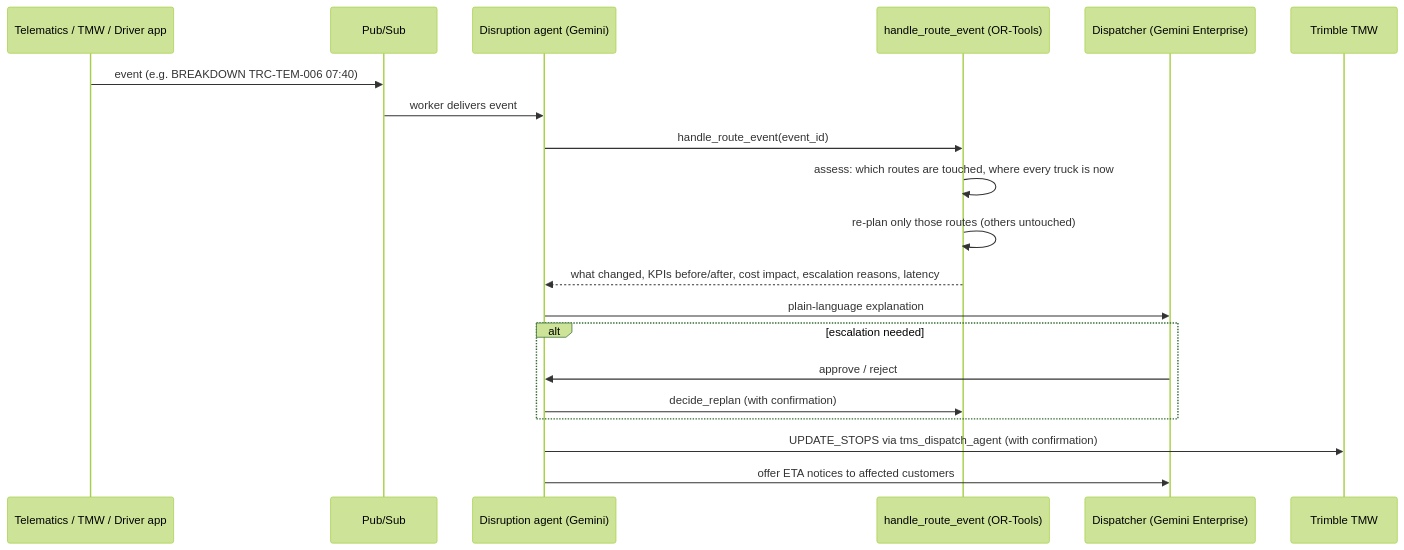
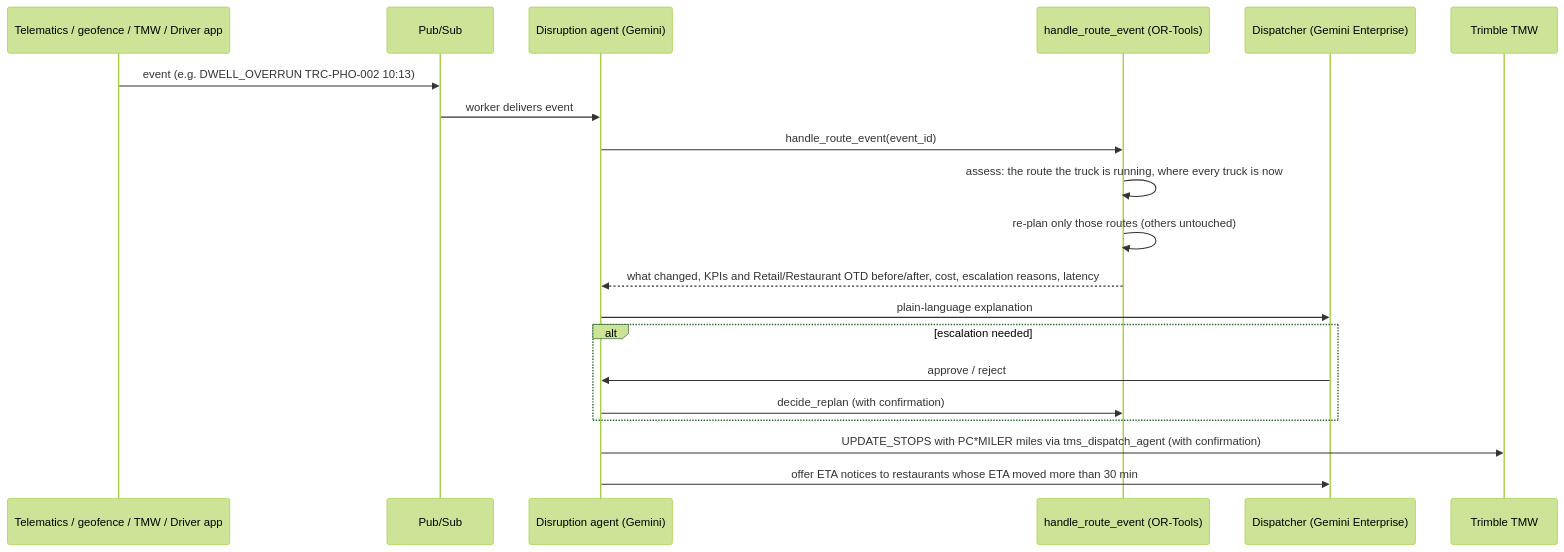
Before and after one commit to balum211/mclane-route-optimization-agent: the second of 2 diagrams in docs/SOLUTION.md, drawn with Mermaid (forest theme). The commit also changed other lines of this file and 100 other files, not shown here.

First line of the commit message:
Add PC*MILER, geofence, dwell change, geolocation and Retail/Restaurant OTD; align with Antigravity sdd-adk starter

````diff
--- a/docs/SOLUTION.md
+++ b/docs/SOLUTION.md
@@ -104,22 +128,22 @@
 ```mermaid
 sequenceDiagram
-  participant Src as Telematics / TMW / Driver app
+  participant Src as Telematics / geofence / TMW / Driver app
   participant PS as Pub/Sub
   participant Ag as Disruption agent (Gemini)
   participant T as handle_route_event (OR-Tools)
   participant D as Dispatcher (Gemini Enterprise)
   participant TMW as Trimble TMW
-  Src->>PS: event (e.g. BREAKDOWN TRC-TEM-006 07:40)
+  Src->>PS: event (e.g. DWELL_OVERRUN TRC-PHO-002 10:13)
   PS->>Ag: worker delivers event
   Ag->>T: handle_route_event(event_id)
-  T->>T: assess: which routes are touched, where every truck is now
+  T->>T: assess: the route the truck is running, where every truck is now
   T->>T: re-plan only those routes (others untouched)
-  T-->>Ag: what changed, KPIs before/after, cost impact, escalation reasons, latency
+  T-->>Ag: what changed, KPIs and Retail/Restaurant OTD before/after, cost, escalation reasons, latency
   Ag->>D: plain-language explanation
   alt escalation needed
     D->>Ag: approve / reject
     Ag->>T: decide_replan (with confirmation)
   end
-  Ag->>TMW: UPDATE_STOPS via tms_dispatch_agent (with confirmation)
-  Ag->>D: offer ETA notices to affected customers
+  Ag->>TMW: UPDATE_STOPS with PC*MILER miles via tms_dispatch_agent (with confirmation)
+  Ag->>D: offer ETA notices to restaurants whose ETA moved more than 30 min
 ```
````
